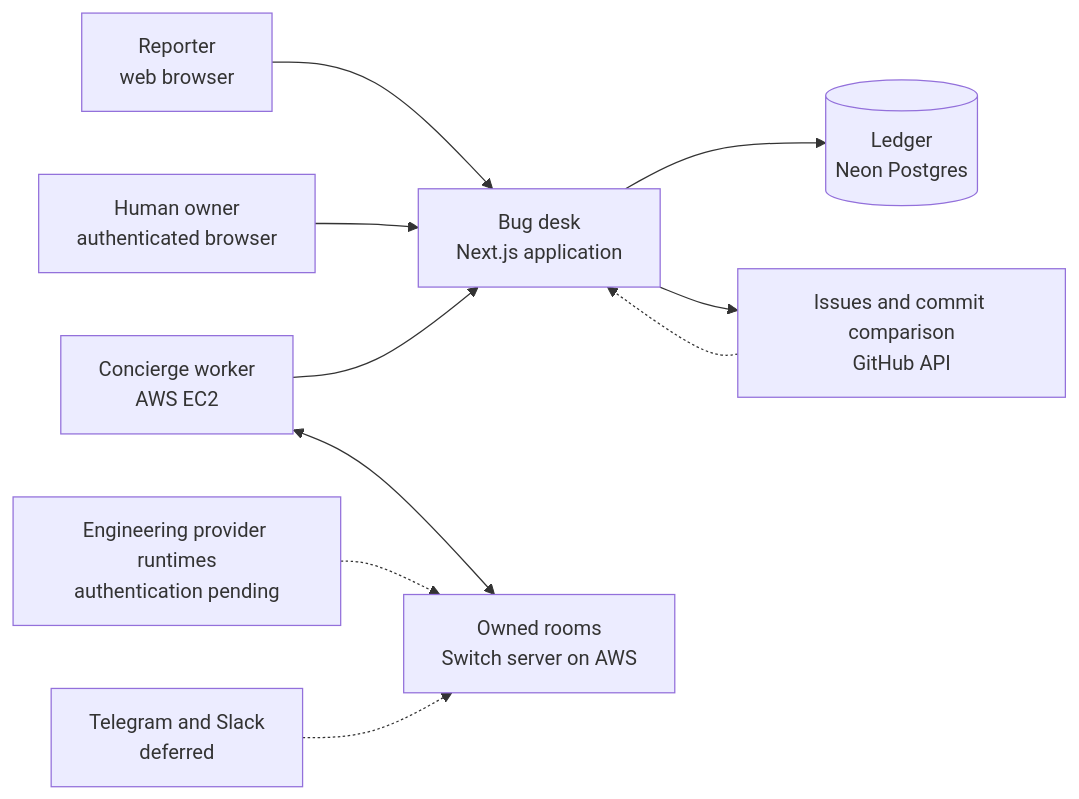
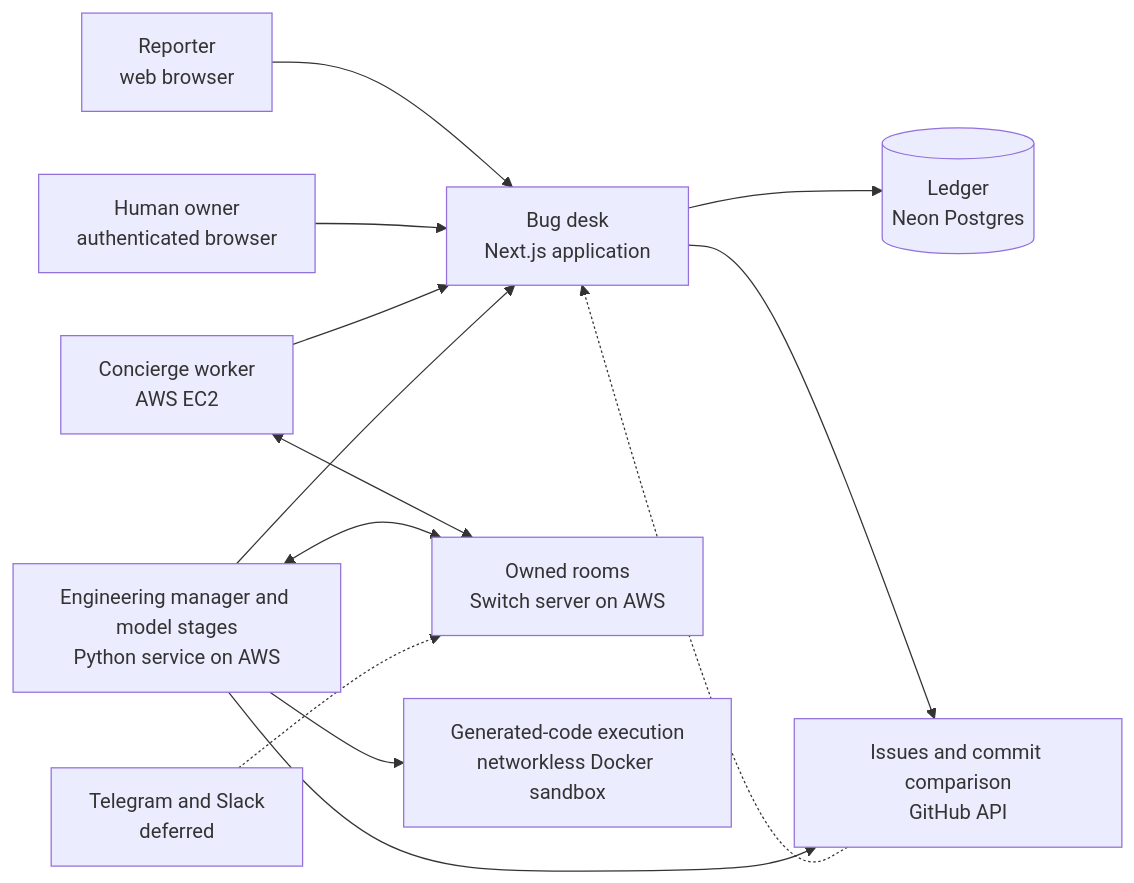
One commit to PDGamerSG/Reporter-to-Release changed the first of 6 diagrams in docs/ARCHITECTURE.md. Above: the diagram before and after it, drawn with Mermaid. The commit also changed other lines of this file and 14 other files, not shown here.

````diff
--- a/docs/ARCHITECTURE.md
+++ b/docs/ARCHITECTURE.md
@@ -7,12 +7,15 @@
 ```mermaid
 flowchart LR
   reporter["Reporter<br/>web browser"] --> app["Bug desk<br/>Next.js application"]
   owner["Human owner<br/>authenticated browser"] --> app
   app --> ledger[("Ledger<br/>Neon Postgres")]
   worker["Concierge worker<br/>AWS EC2"] --> app
   worker <--> switch["Owned rooms<br/>Switch server on AWS"]
   app --> github["Issues and commit comparison<br/>GitHub API"]
   github -.-> app
-  runtimes["Engineering provider runtimes<br/>authentication pending"] -.-> switch
+  runtimes["Engineering manager and model stages<br/>Python service on AWS"] <--> switch
+  runtimes --> app
+  runtimes --> sandbox["Generated-code execution<br/>networkless Docker sandbox"]
+  runtimes --> github
   chat["Telegram and Slack<br/>deferred"] -.-> switch
 ```
````
